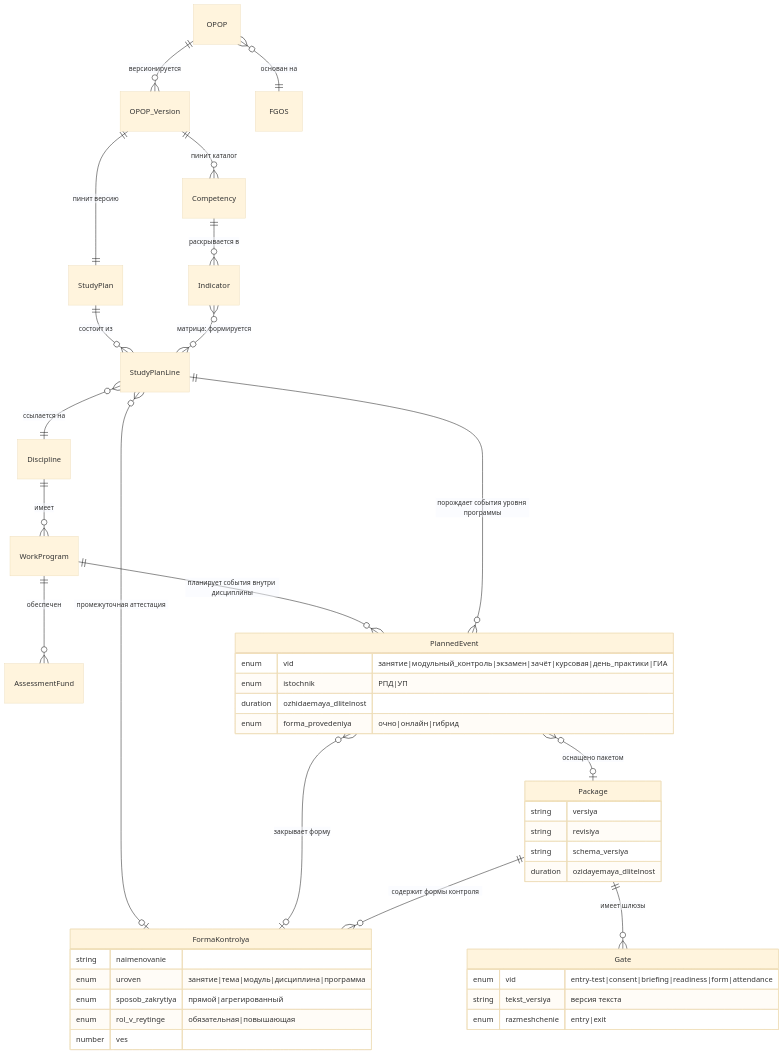
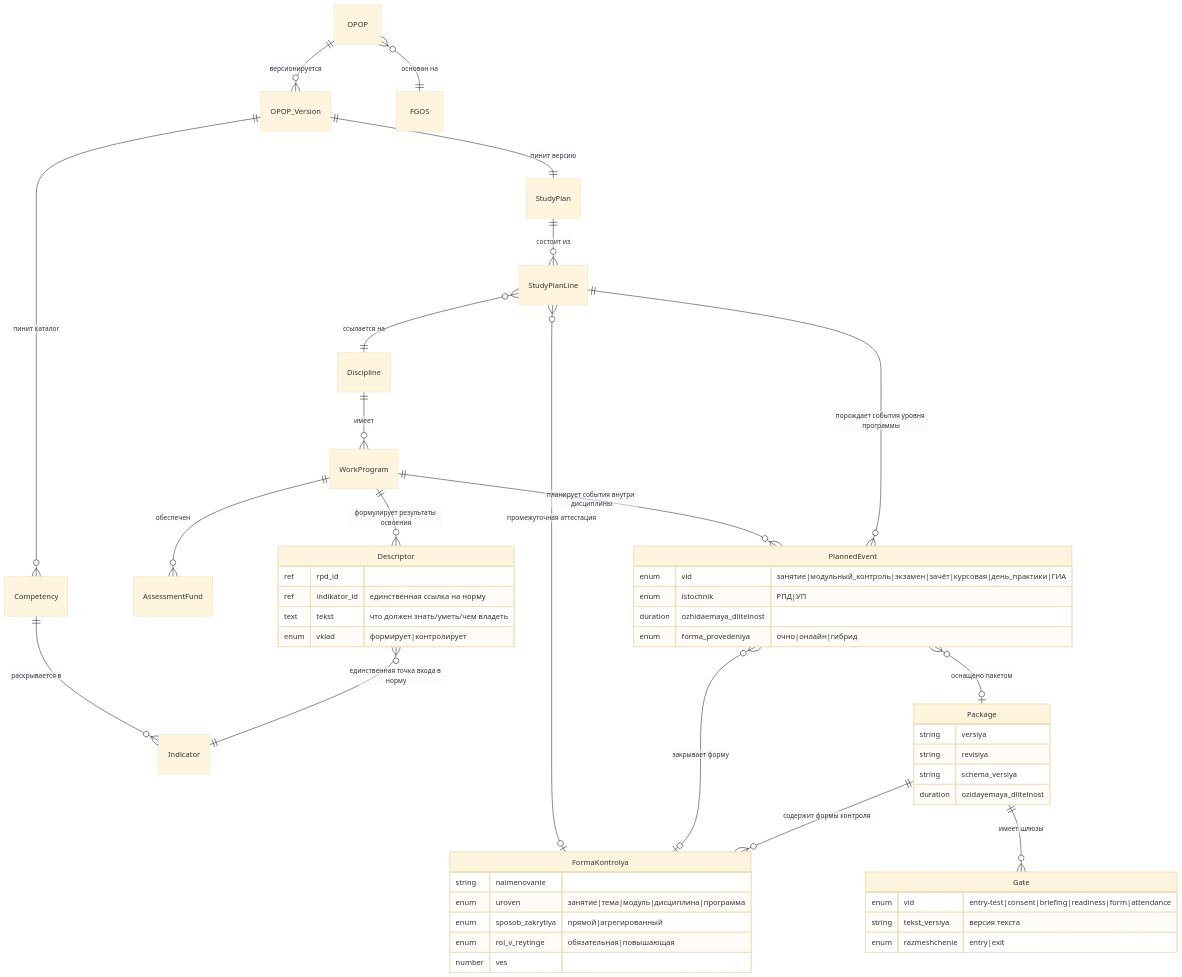
The diagram in domains/D06-umd/data-model/entities.md (aplicon-ru/edu-framework), drawn with Mermaid (base theme) before and after one commit. The commit also changed other lines of this file and 2 other files, not shown here.

First line of the commit message:
D06: матрица компетенций — вычисляемый вид, не хранимая таблица (§1.10)

````diff
--- a/domains/D06-umd/data-model/entities.md
+++ b/domains/D06-umd/data-model/entities.md
@@ -411,46 +435,53 @@
 ```mermaid
 erDiagram
   OPOP ||--o{ OPOP_Version : "версионируется"
   OPOP }o--|| FGOS : "основан на"
   OPOP_Version ||--|| StudyPlan : "пинит версию"
   OPOP_Version ||--o{ Competency : "пинит каталог"
   StudyPlan ||--o{ StudyPlanLine : "состоит из"
   StudyPlanLine }o--|| Discipline : "ссылается на"
   StudyPlanLine }o--o| FormaKontrolya : "промежуточная аттестация"
   Discipline ||--o{ WorkProgram : "имеет"
   WorkProgram ||--o{ AssessmentFund : "обеспечен"
   Competency ||--o{ Indicator : "раскрывается в"
-  Indicator }o--o{ StudyPlanLine : "матрица: формируется"
+  WorkProgram ||--o{ Descriptor : "формулирует результаты освоения"
+  Descriptor }o--|| Indicator : "единственная точка входа в норму"
 
   WorkProgram ||--o{ PlannedEvent : "планирует события внутри дисциплины"
   StudyPlanLine ||--o{ PlannedEvent : "порождает события уровня программы"
   PlannedEvent }o--o| FormaKontrolya : "закрывает форму"
   PlannedEvent }o--o| Package : "оснащено пакетом"
   Package ||--o{ FormaKontrolya : "содержит формы контроля"
   Package ||--o{ Gate : "имеет шлюзы"
 
   PlannedEvent {
     enum vid "занятие|модульный_контроль|экзамен|зачёт|курсовая|день_практики|ГИА"
     enum istochnik "РПД|УП"
     duration ozhidaemaya_dlitelnost
     enum forma_provedeniya "очно|онлайн|гибрид"
+  }
+  Descriptor {
+    ref rpd_id
+    ref indikator_id "единственная ссылка на норму"
+    text tekst "что должен знать/уметь/чем владеть"
+    enum vklad "формирует|контролирует"
   }
   FormaKontrolya {
     string naimenovanie
     enum uroven "занятие|тема|модуль|дисциплина|программа"
     enum sposob_zakrytiya "прямой|агрегированный"
     enum rol_v_reytinge "обязательная|повышающая"
     number ves
   }
   Package {
     string versiya
     string revisiya
     string schema_versiya
     duration ozidayemaya_dlitelnost
   }
   Gate {
     enum vid "entry-test|consent|briefing|readiness|form|attendance"
     string tekst_versiya "версия текста"
     enum razmeshchenie "entry|exit"
   }
 ```
````
